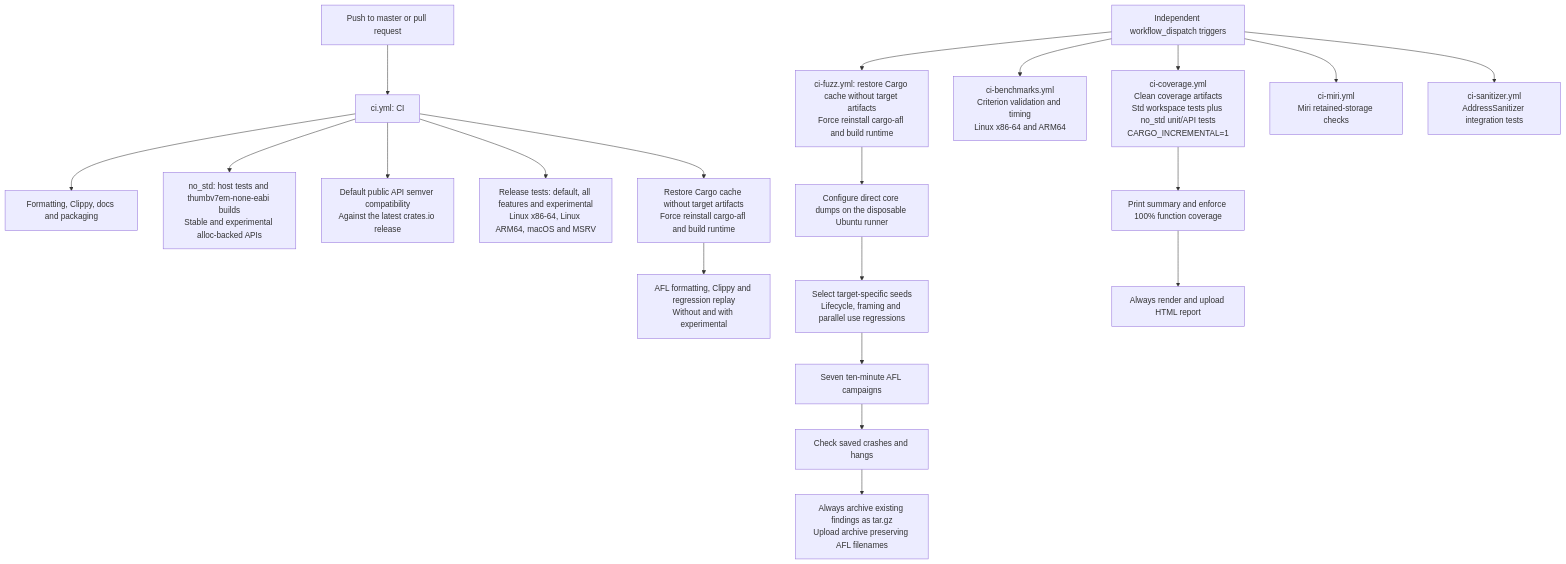
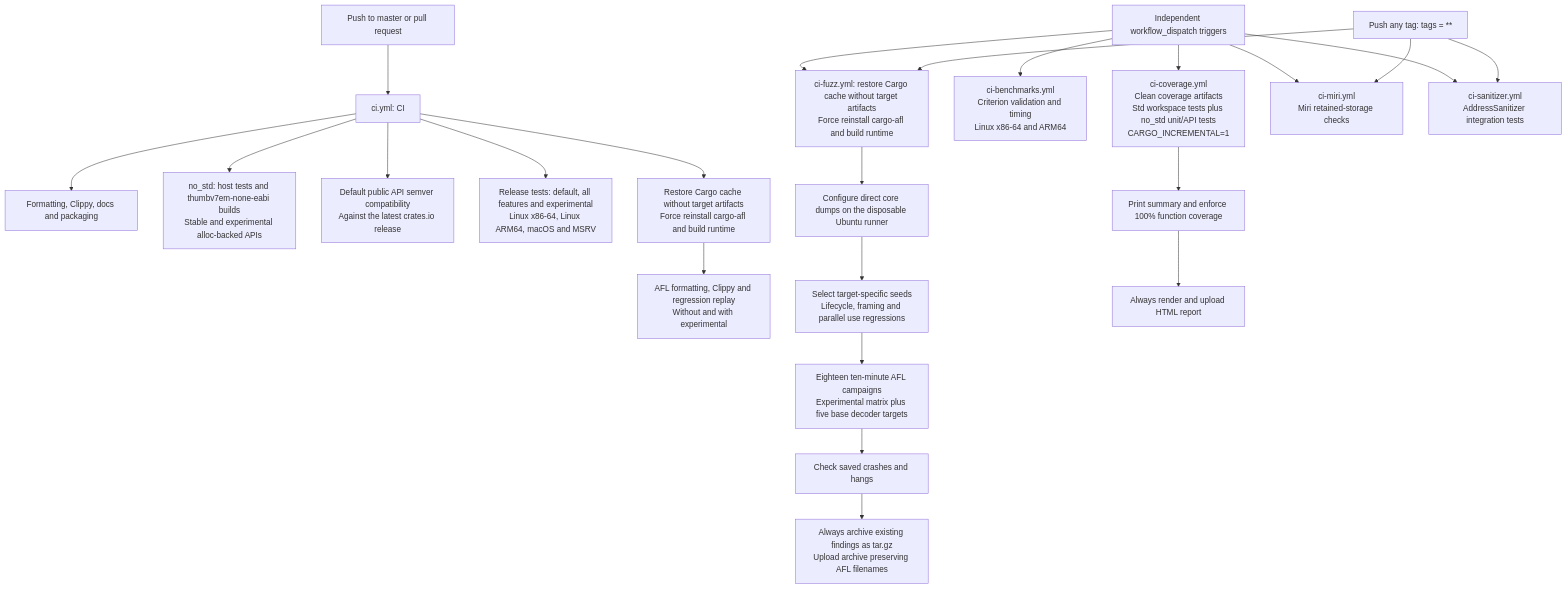
Before and after one commit to Mnwa/mbrotli: the first of 2 diagrams in architecture/ci.md, drawn with Mermaid. The commit also changed other lines of this file and 184 other files, not shown here.

````diff
--- a/architecture/ci.md
+++ b/architecture/ci.md
@@ -14,22 +16,25 @@
 ```mermaid
 flowchart TD
     automatic["Push to master or pull request"] --> fast["ci.yml: CI"]
     fast --> check["Formatting, Clippy, docs and packaging"]
     fast --> nostd["no_std: host tests and thumbv7em-none-eabi builds<br/>Stable and experimental alloc-backed APIs"]
     fast --> semver["Default public API semver compatibility<br/>Against the latest crates.io release"]
     fast --> tests["Release tests: default, all features and experimental<br/>Linux x86-64, Linux ARM64, macOS and MSRV"]
     fast --> replaySetup["Restore Cargo cache without target artifacts<br/>Force reinstall cargo-afl and build runtime"]
     replaySetup --> replay["AFL formatting, Clippy and regression replay<br/>Without and with experimental"]
     manual["Independent workflow_dispatch triggers"] --> fuzzSetup["ci-fuzz.yml: restore Cargo cache without target artifacts<br/>Force reinstall cargo-afl and build runtime"]
     fuzzSetup --> crashSetup["Configure direct core dumps on the disposable Ubuntu runner"]
     crashSetup --> seeds["Select target-specific seeds<br/>Lifecycle, framing and parallel use regressions"]
-    seeds --> fuzz["Seven ten-minute AFL campaigns"]
+    seeds --> fuzz["Eighteen ten-minute AFL campaigns<br/>Experimental matrix plus five base decoder targets"]
     fuzz --> findings["Check saved crashes and hangs"]
     findings --> archive["Always archive existing findings as tar.gz<br/>Upload archive preserving AFL filenames"]
     manual --> bench["ci-benchmarks.yml<br/>Criterion validation and timing<br/>Linux x86-64 and ARM64"]
     manual --> coverage["ci-coverage.yml<br/>Clean coverage artifacts<br/>Std workspace tests plus no_std unit/API tests<br/>CARGO_INCREMENTAL=1"]
     coverage --> coverageGate["Print summary and enforce 100% function coverage"]
     coverageGate --> coverageReport["Always render and upload HTML report"]
     manual --> miri["ci-miri.yml<br/>Miri retained-storage checks"]
     manual --> asan["ci-sanitizer.yml<br/>AddressSanitizer integration tests"]
+    tags["Push any tag: tags = **"] --> fuzzSetup
+    tags --> miri
+    tags --> asan
 ```
````
